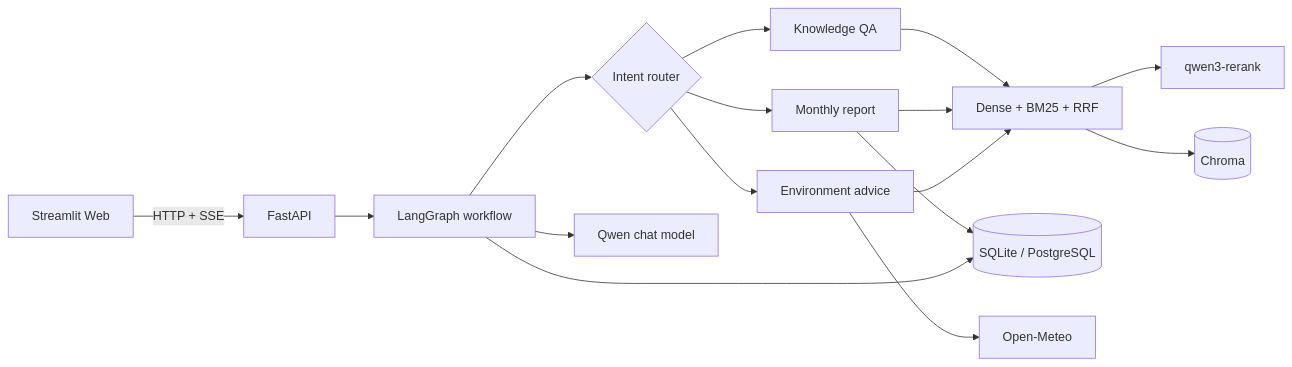
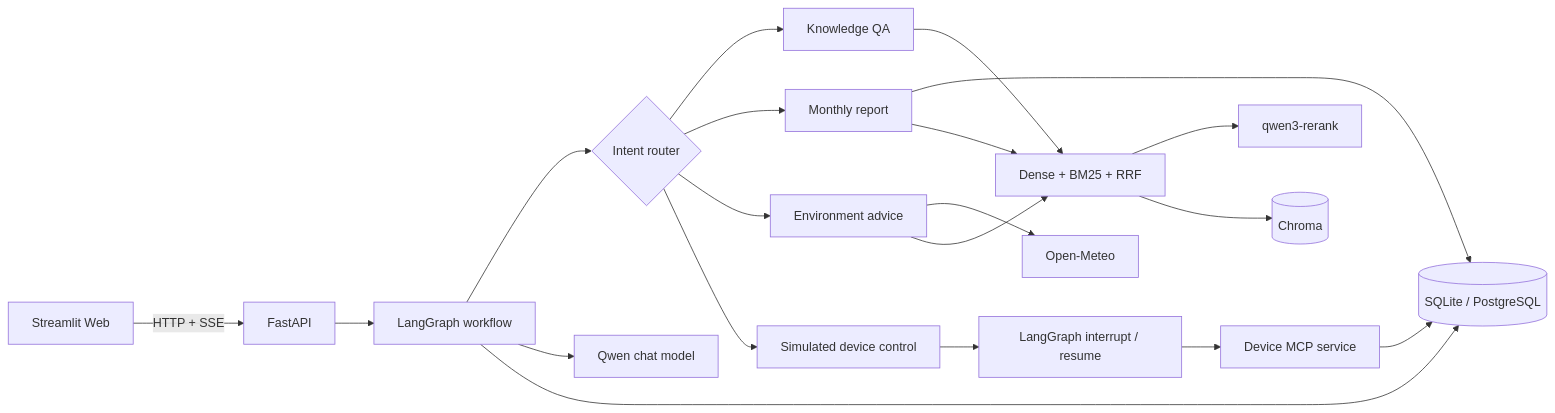
Before and after one commit to ThalynVeris/cleanbot-agent: the diagram in README.md, drawn with Mermaid. The commit also changed other lines of this file and 1 other file, not shown here.

````diff
--- a/README.md
+++ b/README.md
@@ -20,18 +20,22 @@
 ```mermaid
 flowchart LR
     UI[Streamlit Web] -->|HTTP + SSE| API[FastAPI]
     API --> GRAPH[LangGraph workflow]
     GRAPH --> ROUTER{Intent router}
     ROUTER --> QA[Knowledge QA]
     ROUTER --> REPORT[Monthly report]
     ROUTER --> WEATHER[Environment advice]
+    ROUTER --> DEVICE[Simulated device control]
     QA --> HYBRID[Dense + BM25 + RRF]
     REPORT --> SQL[(SQLite / PostgreSQL)]
     REPORT --> HYBRID
     WEATHER --> OPENMETEO[Open-Meteo]
     WEATHER --> HYBRID
     HYBRID --> RERANK[qwen3-rerank]
     HYBRID --> CHROMA[(Chroma)]
     GRAPH --> QWEN[Qwen chat model]
     GRAPH --> SQL
+    DEVICE --> APPROVAL[LangGraph interrupt / resume]
+    APPROVAL --> MCP[Device MCP service]
+    MCP --> SQL
 ```
````
